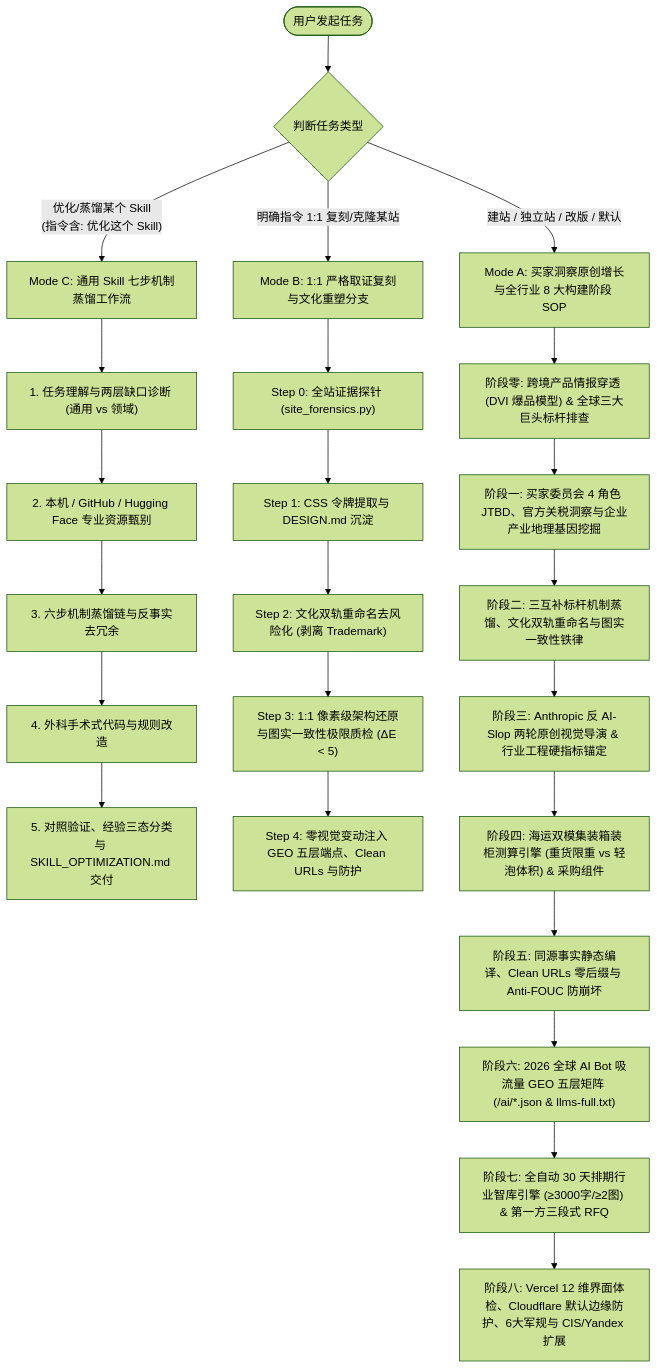
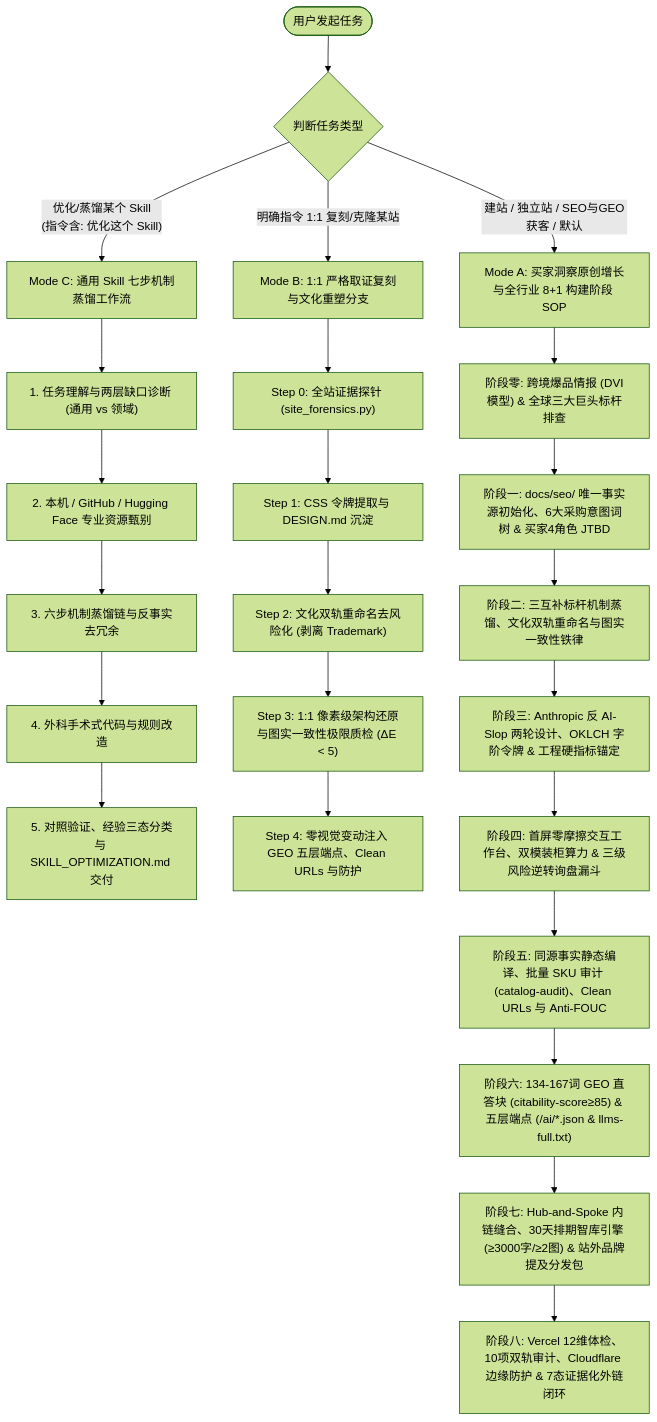
One commit to cnproduct/b2b-global-brand-site-master changed the diagram in SKILL.md. Above: the diagram before and after it, drawn with Mermaid (forest theme). The commit also changed other lines of this file and 7 other files, not shown here.

Commit message:
feat(v3.1): fuse b2b-seo-geo-site-master (docs/seo SSOT, 6-branch keyword tree, citability-score, catalog-audit, 7-state backlink ledger)

````diff
--- a/SKILL.md
+++ b/SKILL.md
@@ -19,32 +20,32 @@
 ```mermaid
 flowchart TD
     Start([用户发起任务]) --> Router{判断任务类型}
 
     %% Mode C: 通用 Skill 优化与蒸馏
     Router -- "优化/蒸馏某个 Skill<br>(指令含: 优化这个 Skill)" --> ModeC["Mode C: 通用 Skill 七步机制蒸馏工作流"]
     ModeC --> C1["1. 任务理解与两层缺口诊断 (通用 vs 领域)"]
     C1 --> C2["2. 本机 / GitHub / Hugging Face 专业资源甄别"]
     C2 --> C3["3. 六步机制蒸馏链与反事实去冗余"]
     C3 --> C4["4. 外科手术式代码与规则改造"]
     C4 --> C5["5. 对照验证、经验三态分类与 SKILL_OPTIMIZATION.md 交付"]
 
     %% Mode B: 1:1 严格证据复刻分支
     Router -- "明确指令 1:1 复刻/克隆某站" --> ModeB["Mode B: 1:1 严格取证复刻与文化重塑分支"]
     ModeB --> B1["Step 0: 全站证据探针 (site_forensics.py)"]
     B1 --> B2["Step 1: CSS 令牌提取与 DESIGN.md 沉淀"]
     B2 --> B3["Step 2: 文化双轨重命名去风险化 (剥离 Trademark)"]
     B3 --> B4["Step 3: 1:1 像素级架构还原与图实一致性极限质检 (ΔE < 5)"]
     B4 --> B5["Step 4: 零视觉变动注入 GEO 五层端点、Clean URLs 与防护"]
 
     %% Mode A: 默认买家洞察原创建站与 8 大构建阶段 SOP
-    Router -- "建站 / 独立站 / 改版 / 默认" --> ModeA["Mode A: 买家洞察原创增长与全行业 8 大构建阶段 SOP"]
-    ModeA --> Z["阶段零: 跨境产品情报穿透 (DVI 爆品模型) & 全球三大巨头标杆排查"]
-    Z --> A1["阶段一: 买家委员会 4 角色 JTBD、官方关税洞察与企业产业地理基因挖掘"]
+    Router -- "建站 / 独立站 / SEO与GEO获客 / 默认" --> ModeA["Mode A: 买家洞察原创增长与全行业 8+1 构建阶段 SOP"]
+    ModeA --> Z["阶段零: 跨境爆品情报 (DVI模型) & 全球三大巨头标杆排查"]
+    Z --> A1["阶段一: docs/seo/ 唯一事实源初始化、6大采购意图词树 & 买家4角色 JTBD"]
     A1 --> A2["阶段二: 三互补标杆机制蒸馏、文化双轨重命名与图实一致性铁律"]
-    A2 --> A3["阶段三: Anthropic 反 AI-Slop 两轮原创视觉导演 & 行业工程硬指标锚定"]
-    A3 --> A4["阶段四: 海运双模集装箱装柜测算引擎 (重货限重 vs 轻泡体积) & 采购组件"]
-    A4 --> A5["阶段五: 同源事实静态编译、Clean URLs 零后缀与 Anti-FOUC 防崩坏"]
-    A5 --> A6["阶段六: 2026 全球 AI Bot 吸流量 GEO 五层矩阵 (/ai/*.json & llms-full.txt)"]
-    A6 --> A7["阶段七: 全自动 30 天排期行业智库引擎 (≥3000字/≥2图) & 第一方三段式 RFQ"]
-    A7 --> A8["阶段八: Vercel 12 维界面体检、Cloudflare 默认边缘防护、6大军规与 CIS/Yandex 扩展"]
+    A2 --> A3["阶段三: Anthropic 反 AI-Slop 两轮设计、OKLCH 字阶令牌 & 工程硬指标锚定"]
+    A3 --> A4["阶段四: 首屏零摩擦交互工作台、双模装柜算力 & 三级风险逆转询盘漏斗"]
+    A4 --> A5["阶段五: 同源事实静态编译、批量 SKU 审计 (catalog-audit)、Clean URLs 与 Anti-FOUC"]
+    A5 --> A6["阶段六: 134-167词 GEO 直答块 (citability-score≥85) & 五层端点 (/ai/*.json & llms-full.txt)"]
+    A6 --> A7["阶段七: Hub-and-Spoke 内链缝合、30天排期智库引擎 (≥3000字/≥2图) & 站外品牌提及分发包"]
+    A7 --> A8["阶段八: Vercel 12维体检、10项双轨审计、Cloudflare 边缘防护 & 7态证据化外链闭环"]
 ```
````
